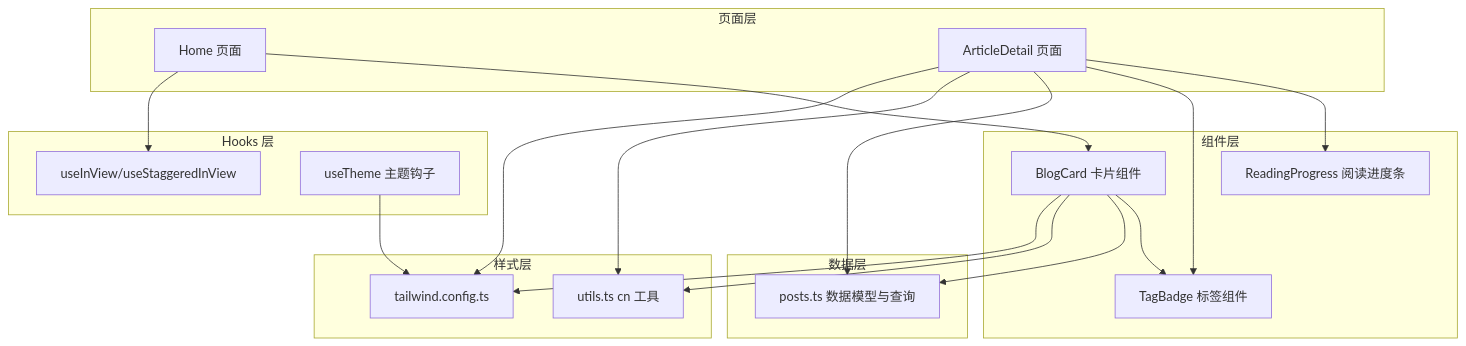
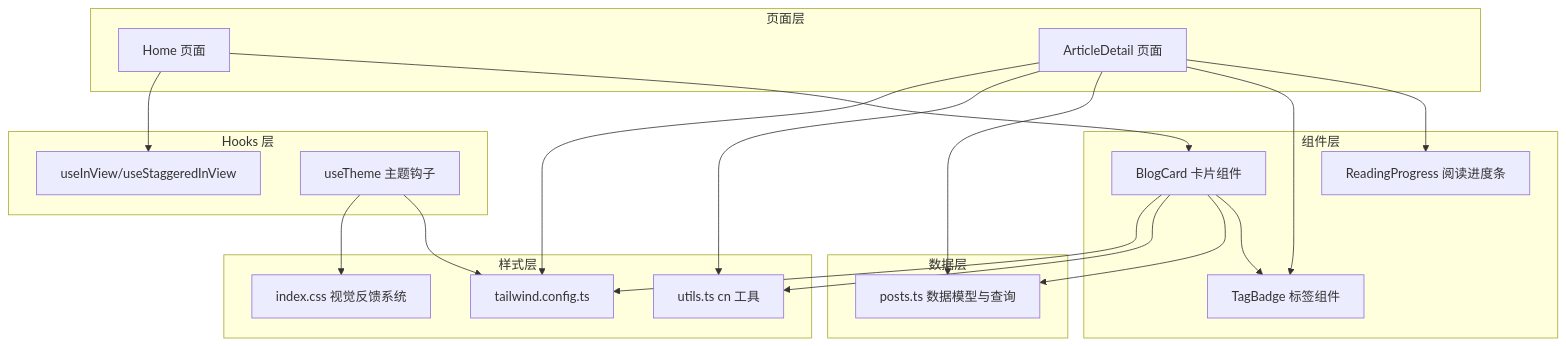
The first of 7 diagrams in .qoder/repowiki/zh/content/组件系统/博客卡片组件 (BlogCard).md (InfSky-233/B02), drawn with Mermaid before and after one commit. The commit also changed other lines of this file and 12 other files, not shown here.

````diff
--- a/.qoder/repowiki/zh/content/组件系统/博客卡片组件 (BlogCard).md
+++ b/.qoder/repowiki/zh/content/组件系统/博客卡片组件 (BlogCard).md
@@ -42,35 +53,37 @@
 ```mermaid
 graph TB
 subgraph "页面层"
 Home["Home 页面"]
 Detail["ArticleDetail 页面"]
 end
 subgraph "组件层"
 BlogCard["BlogCard 卡片组件"]
 TagBadge["TagBadge 标签组件"]
 ReadingProgress["ReadingProgress 阅读进度条"]
 end
 subgraph "数据层"
 Posts["posts.ts 数据模型与查询"]
 end
 subgraph "Hooks 层"
 UseInView["useInView/useStaggeredInView"]
 UseTheme["useTheme 主题钩子"]
 end
 subgraph "样式层"
 Tailwind["tailwind.config.ts"]
 Utils["utils.ts cn 工具"]
+CSS["index.css 视觉反馈系统"]
 end
 Home --> BlogCard
 BlogCard --> TagBadge
 BlogCard --> Posts
 Home --> UseInView
 Detail --> ReadingProgress
 Detail --> TagBadge
 Detail --> Posts
 BlogCard --> Utils
 Detail --> Utils
 BlogCard --> Tailwind
 Detail --> Tailwind
 UseTheme --> Tailwind
+UseTheme --> CSS
 ```
````
